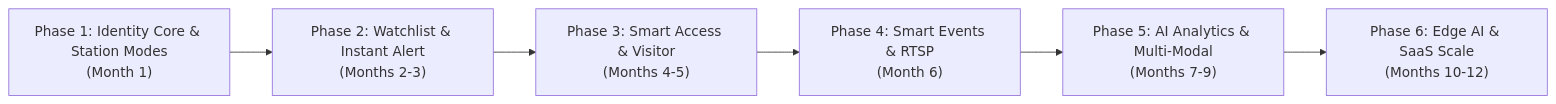
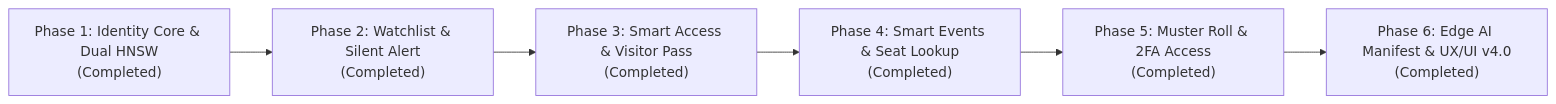
The diagram in docs/SENTINELVISION-ROADMAP.md (chanachaipmgeng/SentinelVision), drawn with Mermaid before and after one commit. The commit also changed other lines of this file and 13 other files, not shown here.

````diff
--- a/docs/SENTINELVISION-ROADMAP.md
+++ b/docs/SENTINELVISION-ROADMAP.md
@@ -23,8 +24,8 @@
 ```mermaid
 flowchart LR
-    P1["Phase 1: Identity Core & Station Modes<br/>(Month 1)"] --> P2["Phase 2: Watchlist & Instant Alert<br/>(Months 2-3)"]
-    P2 --> P3["Phase 3: Smart Access & Visitor<br/>(Months 4-5)"]
-    P3 --> P4["Phase 4: Smart Events & RTSP<br/>(Month 6)"]
-    P4 --> P5["Phase 5: AI Analytics & Multi-Modal<br/>(Months 7-9)"]
-    P5 --> P6["Phase 6: Edge AI & SaaS Scale<br/>(Months 10-12)"]
+    P1["Phase 1: Identity Core & Dual HNSW<br/>(Completed)"] --> P2["Phase 2: Watchlist & Silent Alert<br/>(Completed)"]
+    P2 --> P3["Phase 3: Smart Access & Visitor Pass<br/>(Completed)"]
+    P3 --> P4["Phase 4: Smart Events & Seat Lookup<br/>(Completed)"]
+    P4 --> P5["Phase 5: Muster Roll & 2FA Access<br/>(Completed)"]
+    P5 --> P6["Phase 6: Edge AI Manifest & UX/UI v4.0<br/>(Completed)"]
 ```
````
